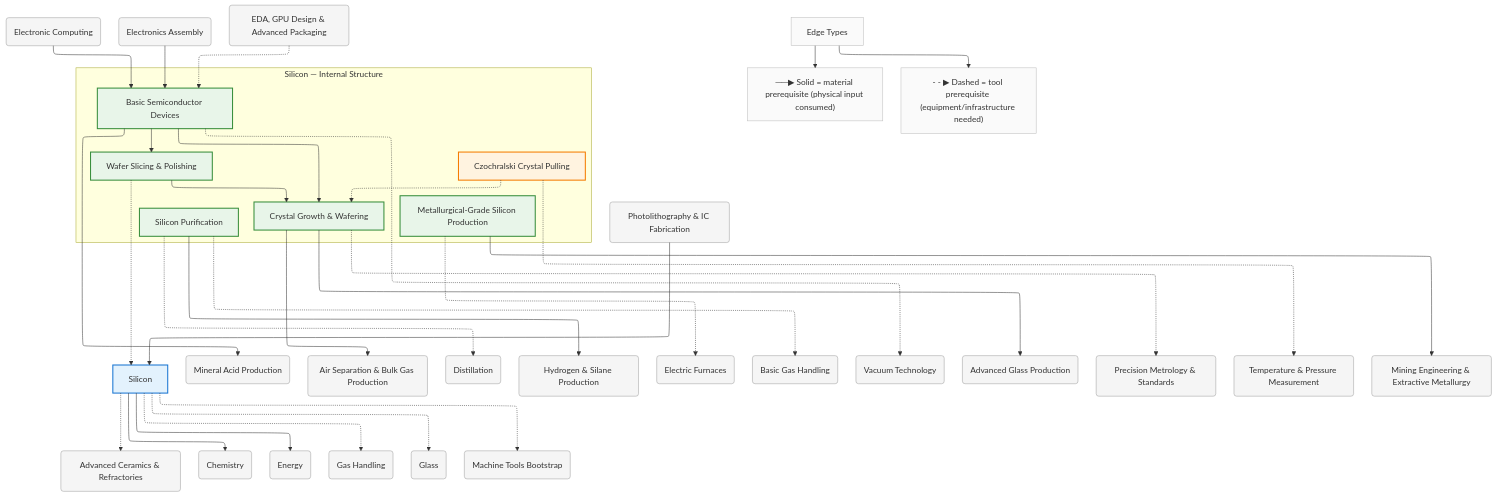
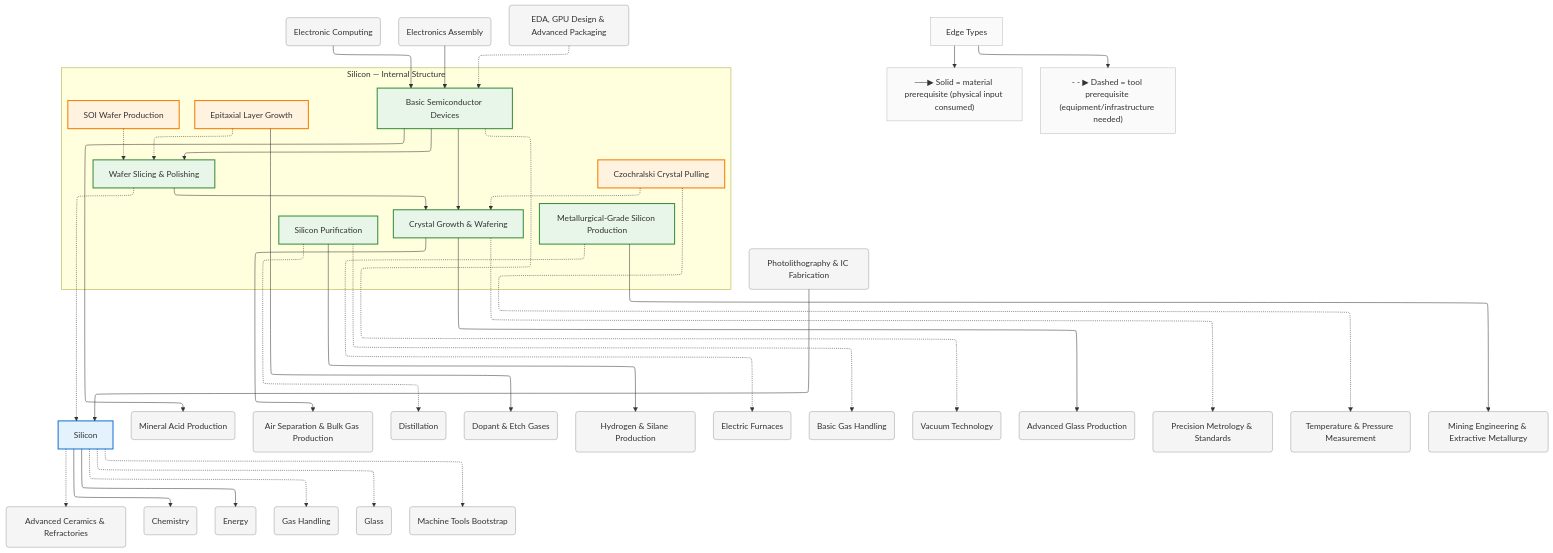
One commit to egofree/TechTree changed the diagram in diagrams/mermaid/silicon.mmd. Above: the diagram before and after it, drawn with Mermaid. The commit also changed 29 other files, not shown here.

```diff
--- a/diagrams/mermaid/silicon.mmd
+++ b/diagrams/mermaid/silicon.mmd
@@ -1,112 +1,121 @@
 %%{init: {"flowchart": {"defaultRenderer": "elk", "htmlLabels": true}}}%%
 graph TD
     %% Domain: Silicon
 
     %% ==================== INTERNAL NODES ====================
     subgraph silicon_internal ["Silicon — Internal Structure"]
         direction TB
         silicon_mg-si-production["Metallurgical-Grade Silicon Production"]
         silicon_purification["Silicon Purification"]
         silicon_crystal-growth["Crystal Growth & Wafering"]
         silicon_crystal-growth_cz-pulling["Czochralski Crystal Pulling"]
         silicon_basic-devices["Basic Semiconductor Devices"]
         silicon_wafering["Wafer Slicing & Polishing"]
+        silicon_wafering_epitaxy["Epitaxial Layer Growth"]
+        silicon_wafering_soi["SOI Wafer Production"]
     end
 
     %% ==================== DOMAIN NODE ====================
     silicon["Silicon"]
 
     %% ==================== EXTERNAL DEPENDENCIES ====================
     ceramics_advanced-ceramics("Advanced Ceramics & Refractories")
     chemistry("Chemistry")
     chemistry_acids("Mineral Acid Production")
     chemistry_air-separation("Air Separation & Bulk Gas Production")
     chemistry_distillation("Distillation")
+    chemistry_dopant-etch-gases("Dopant & Etch Gases")
     chemistry_hydrogen-silane("Hydrogen & Silane Production")
     computing_electronic("Electronic Computing")
     electronics_assembly("Electronics Assembly")
     energy("Energy")
     energy_electric-furnaces("Electric Furnaces")
     gas-handling("Gas Handling")
     gas-handling_basic("Basic Gas Handling")
     gas-handling_vacuum("Vacuum Technology")
     glass("Glass")
     glass_advanced("Advanced Glass Production")
     machine-tools("Machine Tools Bootstrap")
     measurement_precision-metrology("Precision Metrology & Standards")
     measurement_temperature-pressure("Temperature & Pressure Measurement")
     mining("Mining Engineering & Extractive Metallurgy")
     photolithography("Photolithography & IC Fabrication")
     vlsi-scaling_eda-design("EDA, GPU Design & Advanced Packaging")
 
     %% ==================== EDGES ====================
     silicon_basic-devices --> silicon_crystal-growth
     silicon_crystal-growth_cz-pulling -.-> silicon_crystal-growth
     silicon_wafering -.-> silicon
     silicon_wafering --> silicon_crystal-growth
+    silicon_wafering_epitaxy -.-> silicon_wafering
+    silicon_wafering_soi -.-> silicon_wafering
     silicon_basic-devices --> silicon_wafering
     silicon -.-> machine-tools
     silicon --> energy
     silicon --> chemistry
     silicon -.-> glass
     silicon -.-> gas-handling
     silicon_mg-si-production -.-> energy_electric-furnaces
     silicon_mg-si-production --> mining
     silicon_purification -.-> chemistry_distillation
     silicon_purification -.-> gas-handling_basic
     silicon_purification --> chemistry_hydrogen-silane
     silicon_crystal-growth --> glass_advanced
     silicon_crystal-growth --> chemistry_air-separation
     silicon_crystal-growth -.-> measurement_precision-metrology
     silicon_basic-devices -.-> gas-handling_vacuum
     silicon_basic-devices --> chemistry_acids
     photolithography --> silicon
     vlsi-scaling_eda-design -.-> silicon_basic-devices
     computing_electronic --> silicon_basic-devices
     silicon_crystal-growth_cz-pulling -.-> measurement_temperature-pressure
     silicon -.-> ceramics_advanced-ceramics
+    silicon_wafering_epitaxy --> chemistry_dopant-etch-gases
     electronics_assembly --> silicon_basic-devices
 
     %% ==================== EDGE TYPE LEGEND ====================
     EdgeLegend["Edge Types"]
     EdgeLegend --> MatNote["──▶ Solid = material prerequisite (physical input consumed)"]
     EdgeLegend --> ToolNote["- - ▶ Dashed = tool prerequisite (equipment/infrastructure needed)"]
 
     %% ==================== STYLING ====================
     classDef domain fill:#e3f2fd,stroke:#1976d2,stroke-width:2px
     classDef capability fill:#e8f5e9,stroke:#388e3c,stroke-width:2px
     classDef process fill:#fff3e0,stroke:#f57c00,stroke-width:2px
     classDef critical fill:#fff3e0,stroke:#f57c00,stroke-width:3px
     classDef earlyWin fill:#e8f5e9,stroke:#388e3c,stroke-width:3px
     classDef pinnacle fill:#fce4ec,stroke:#c62828,stroke-width:3px
     classDef external fill:#f5f5f5,stroke:#9e9e9e,stroke-width:1px
     classDef legend fill:#fafafa,stroke:#bdbdbd,stroke-width:1px
     class silicon domain
     class silicon_mg-si-production capability
     class silicon_purification capability
     class silicon_crystal-growth capability
     class silicon_crystal-growth_cz-pulling process
     class silicon_basic-devices capability
     class silicon_wafering capability
+    class silicon_wafering_epitaxy process
+    class silicon_wafering_soi process
     class ceramics_advanced-ceramics external
     class chemistry external
     class chemistry_acids external
     class chemistry_air-separation external
     class chemistry_distillation external
+    class chemistry_dopant-etch-gases external
     class chemistry_hydrogen-silane external
     class computing_electronic external
     class electronics_assembly external
     class energy external
     class energy_electric-furnaces external
     class gas-handling external
     class gas-handling_basic external
     class gas-handling_vacuum external
     class glass external
     class glass_advanced external
     class machine-tools external
     class measurement_precision-metrology external
     class measurement_temperature-pressure external
     class mining external
     class photolithography external
     class vlsi-scaling_eda-design external
     class EdgeLegend,MatNote,ToolNote legend
```
